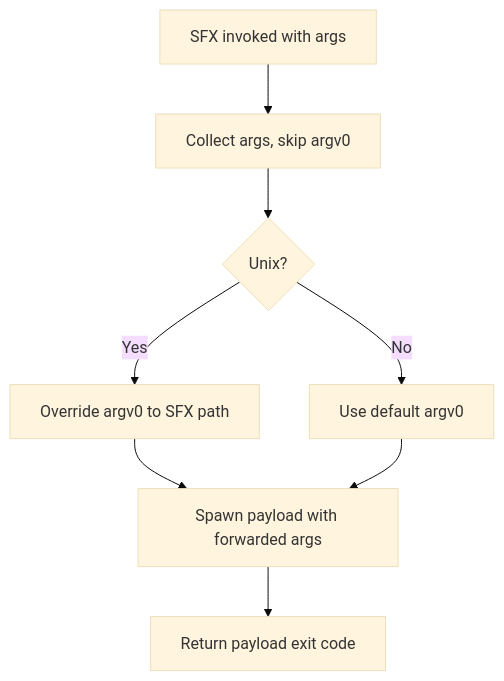
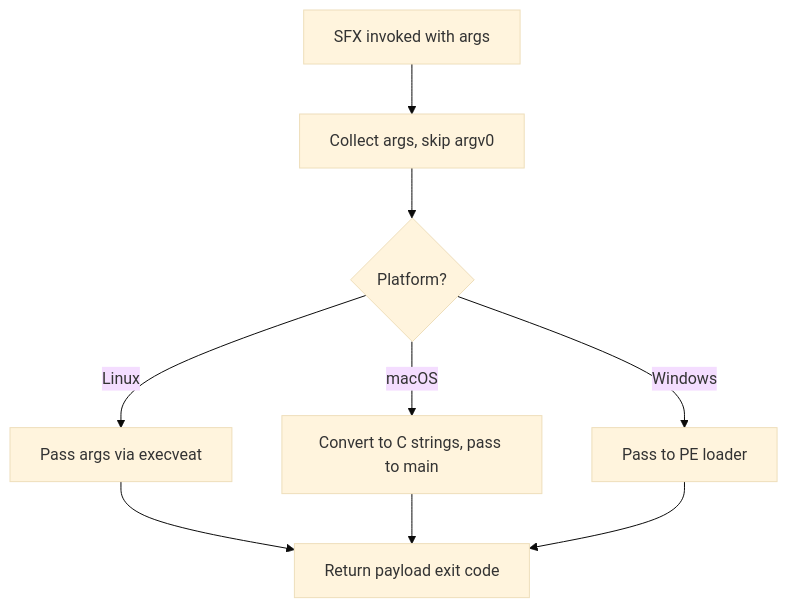
One commit to neemle/xsfx changed the third of 3 diagrams in docs/spec.md. Above: the diagram before and after it, drawn with Mermaid (base theme). The commit also changed other lines of this file and 28 other files, not shown here.

````diff
--- a/docs/spec.md
+++ b/docs/spec.md
@@ -151,10 +185,11 @@
 ```mermaid
 flowchart TD
   A[SFX invoked with args] --> B[Collect args, skip argv0]
-  B --> C{Unix?}
-  C -- Yes --> D[Override argv0 to SFX path]
-  C -- No --> E[Use default argv0]
-  D --> F[Spawn payload with forwarded args]
-  E --> F
-  F --> G[Return payload exit code]
+  B --> C{Platform?}
+  C -- Linux --> D[Pass args via execveat]
+  C -- macOS --> E[Convert to C strings, pass to main]
+  C -- Windows --> F[Pass to PE loader]
+  D --> G[Return payload exit code]
+  E --> G
+  F --> G
 ```
````
